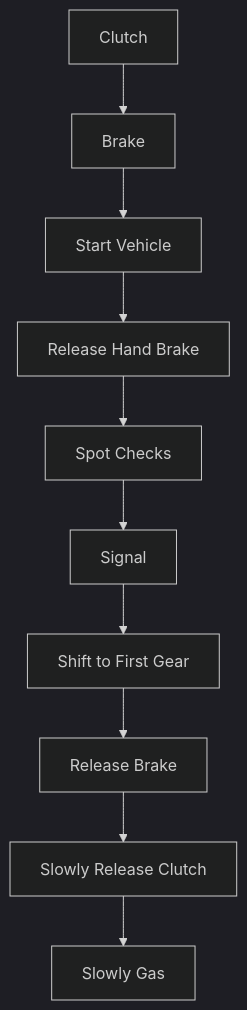
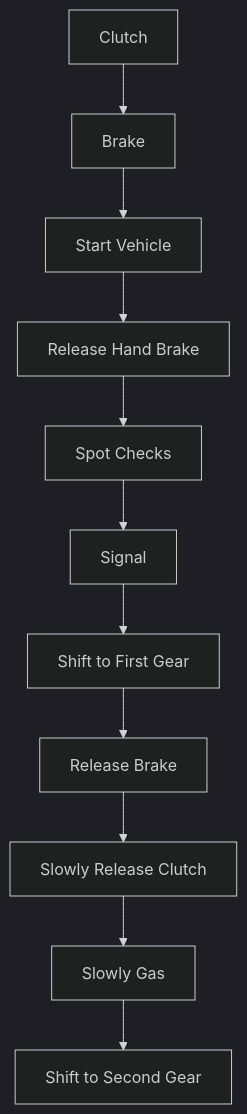
One commit to iamharryliu/vigilant-broccoli changed the second of 5 diagrams in notes/life-skills/driving.md. Above: the diagram before and after it, drawn with Mermaid (dark theme). The commit also changed other lines of this file, not shown here.

````diff
--- a/notes/life-skills/driving.md
+++ b/notes/life-skills/driving.md
@@ -19,5 +19,5 @@
 ```mermaid
 flowchart TD
 
-CLUTCH[Clutch]-->BRAKE[Brake]-->START_VEHICLE[Start Vehicle]-->HAND_BRAKE[Release Hand Brake]-->SPOT_CHECK[Spot Checks]-->SIGNAL[Signal]-->GEAR_SELECTION[Shift to First Gear]-->RELEASE_BRAKE[Release Brake]-->RELEASE_CLUTCH[Slowly Release Clutch]-->GAS[Slowly Gas]
+CLUTCH[Clutch]-->BRAKE[Brake]-->START_VEHICLE[Start Vehicle]-->HAND_BRAKE[Release Hand Brake]-->SPOT_CHECK[Spot Checks]-->SIGNAL[Signal]-->SHIFT_TO_FIRST_GEAR[Shift to First Gear]-->RELEASE_BRAKE[Release Brake]-->RELEASE_CLUTCH[Slowly Release Clutch]-->GAS[Slowly Gas]-->SHIFT_TO_SECOND_GEAR[Shift to Second Gear]
 ```
````
